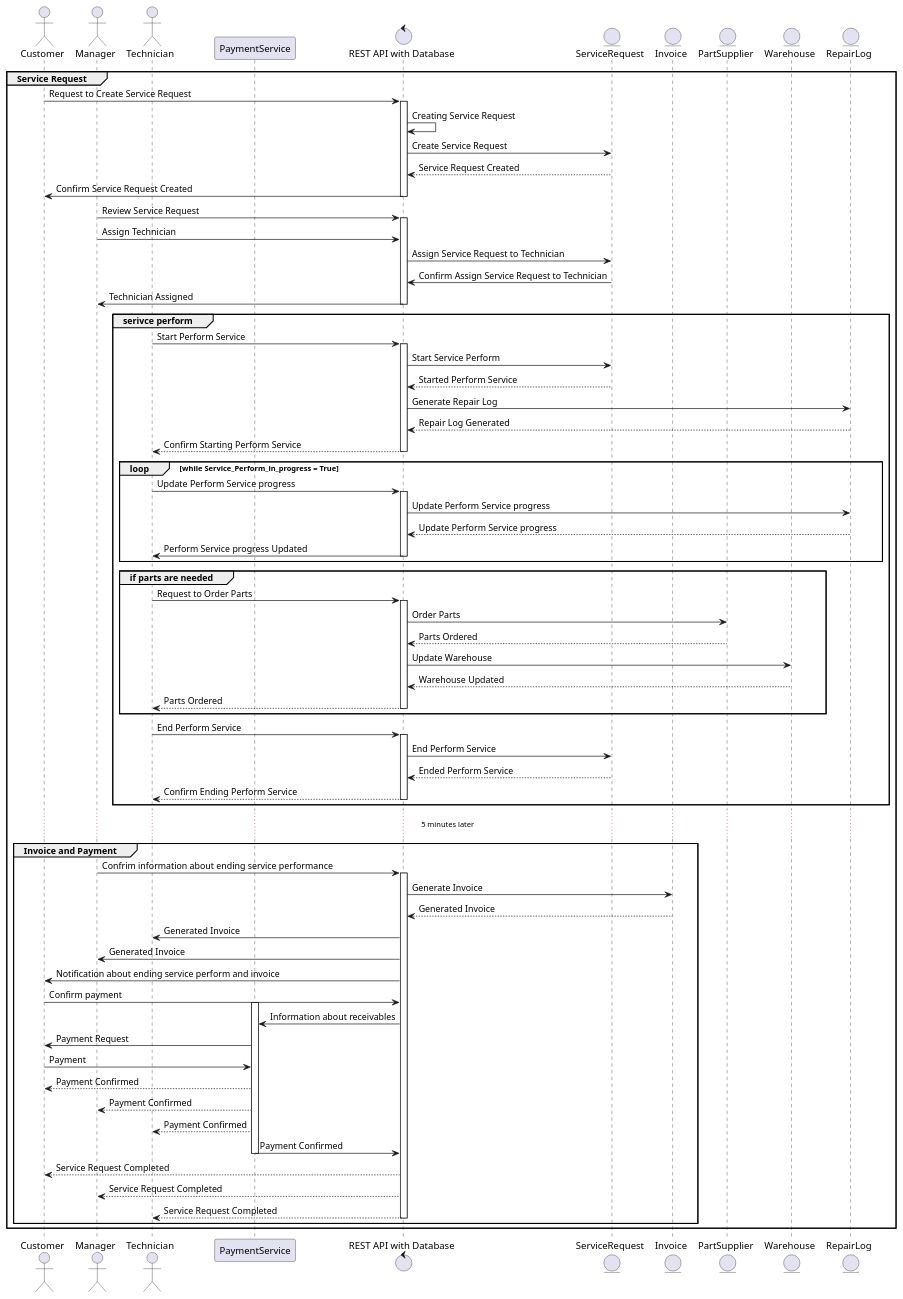
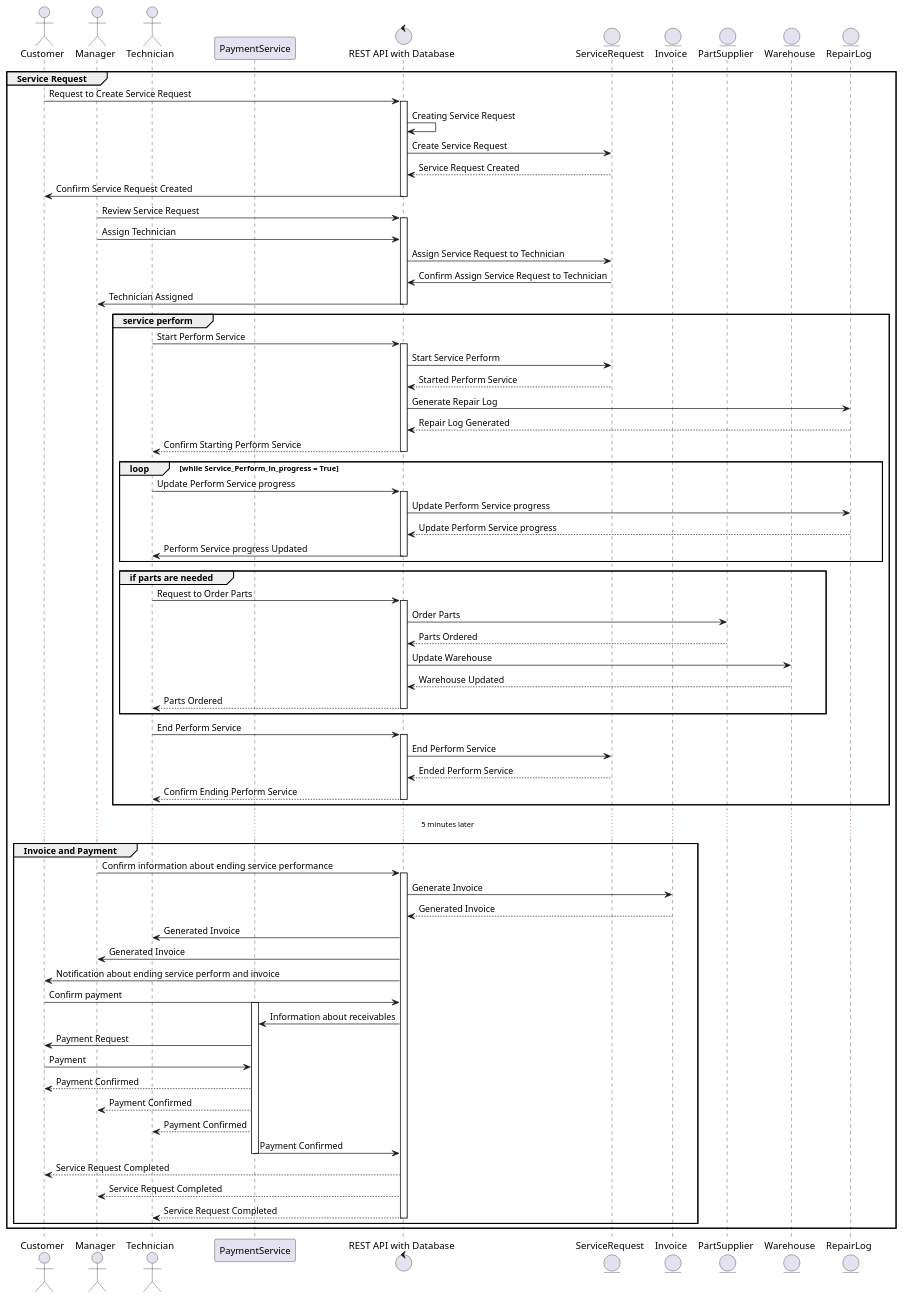
One commit to Fluorky/Computer-Service-Django-Api changed the diagram in umlDiagrams/computer_service_sequence_diagram.plantuml. Above: the diagram before and after it, drawn with PlantUML. The commit also changed 12 other files, not shown here.

```diff
--- a/umlDiagrams/computer_service_sequence_diagram.plantuml
+++ b/umlDiagrams/computer_service_sequence_diagram.plantuml
@@ -1,88 +1,88 @@
 @startuml
 
 actor "Customer" as Customer
 actor "Manager" as Manager
 actor "Technician" as Technician
 participant "PaymentService" as PaymentService
 control "REST API with Database" as API
 entity "ServiceRequest" as ServiceRequest
 entity "Invoice" as Invoice
 entity "PartSupplier" as PartSupplier
 entity "Warehouse" as Warehouse
 entity "RepairLog" as RepairLog
 group Service Request 
 Customer -> API: Request to Create Service Request
 activate API
 API-> API: Creating Service Request
 API-> ServiceRequest : Create Service Request
 ServiceRequest --> API : Service Request Created 
 API -> Customer: Confirm Service Request Created
 deactivate API
 Manager -> API: Review Service Request 
 activate API
 API <- Manager: Assign Technician
 API -> ServiceRequest : Assign Service Request to Technician
 ServiceRequest -> API : Confirm Assign Service Request to Technician
 Manager <- API: Technician Assigned
 deactivate API
-group serivce perform
+group service perform
 Technician -> API: Start Perform Service
 activate API
 API -> ServiceRequest : Start Service Perform
 ServiceRequest --> API : Started Perform Service
 API -> RepairLog: Generate Repair Log
 RepairLog --> API: Repair Log Generated
 API --> Technician : Confirm Starting Perform Service
 deactivate API
 loop while Service_Perform_in_progress = True
 Technician -> API: Update Perform Service progress
 activate API
 API -> RepairLog: Update Perform Service progress
 RepairLog --> API: Update Perform Service progress
 API -> Technician : Perform Service progress Updated
 deactivate API
 end
 group if parts are needed 
 Technician -> API: Request to Order Parts
 activate API
 API -> PartSupplier: Order Parts
 PartSupplier --> API: Parts Ordered
 API -> Warehouse: Update Warehouse
 Warehouse --> API: Warehouse Updated
 API --> Technician : Parts Ordered
 deactivate API
 end
 Technician -> API: End Perform Service
 activate API
 API  -> ServiceRequest: End Perform Service
 ServiceRequest --> API : Ended Perform Service
 API --> Technician : Confirm Ending Perform Service
 deactivate API
 end
 ...5 minutes later...
 group Invoice and Payment 
-Manager -> API : Confrim information about ending service performance
+Manager -> API : Confirm information about ending service performance
 activate API
 API -> Invoice: Generate Invoice
 Invoice --> API: Generated Invoice
 API -> Technician : Generated Invoice 
 API -> Manager :  Generated Invoice
 API -> Customer : Notification about ending service perform and invoice
 Customer -> API : Confirm payment 
 activate PaymentService
 API -> PaymentService: Information about receivables
 PaymentService -> Customer: Payment Request
 Customer -> PaymentService: Payment
 PaymentService --> Customer: Payment Confirmed
 PaymentService --> Manager: Payment Confirmed
 PaymentService --> Technician: Payment Confirmed
 PaymentService -> API: Payment Confirmed
 deactivate PaymentService
 API --> Customer: Service Request Completed
 API --> Manager : Service Request Completed
 API --> Technician: Service Request Completed
 deactivate API
 end
 end
 
 @enduml
```
